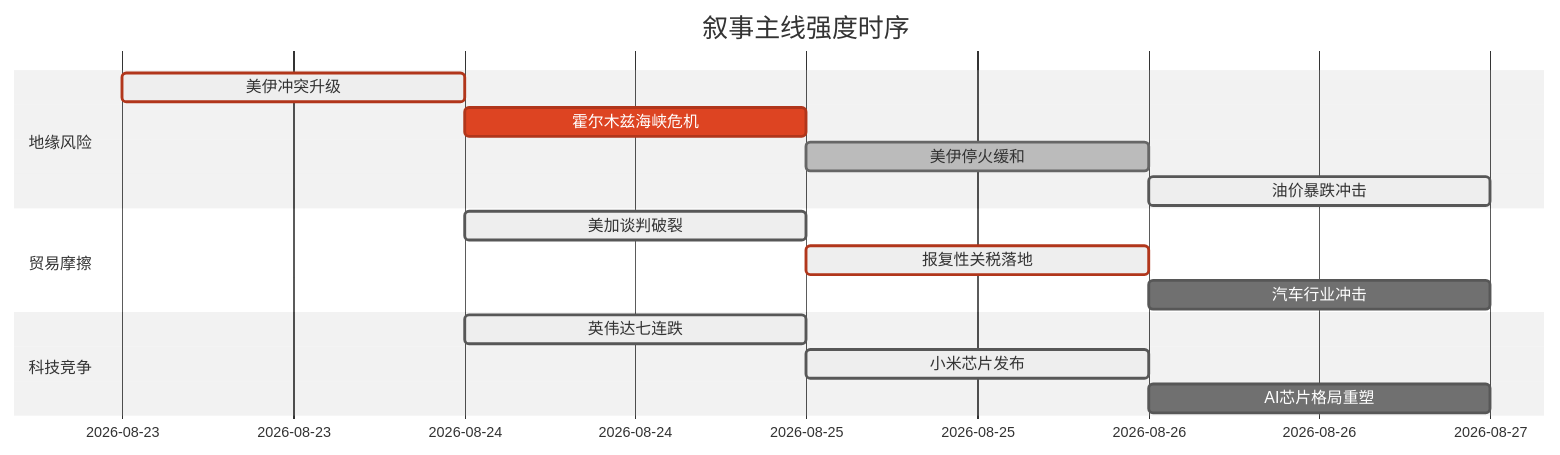
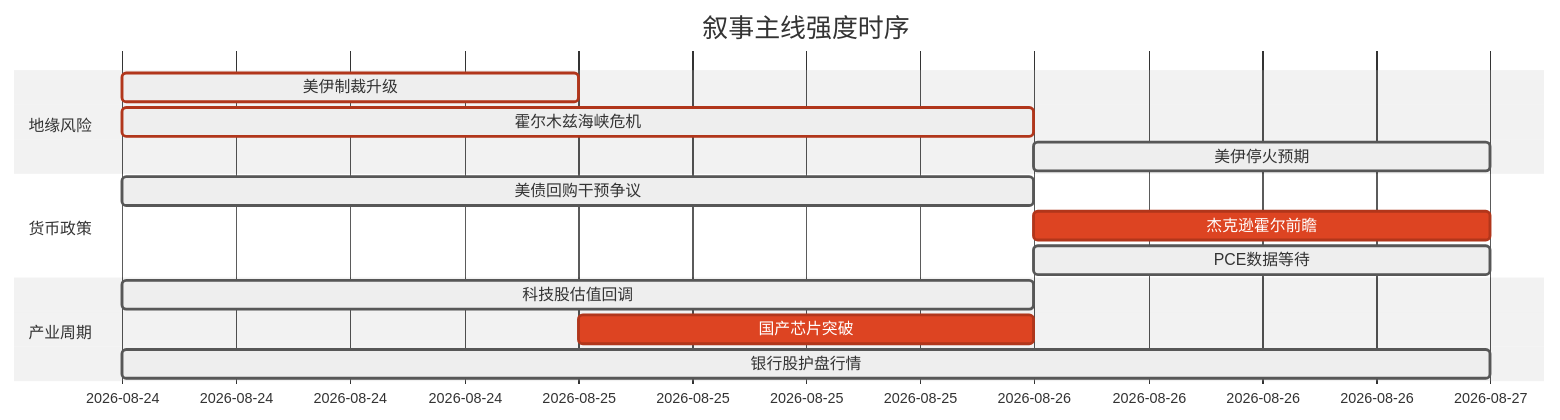
Before and after one commit to uu5zn/uu5zn.github.io: the diagram in 5day_report.md, drawn with Mermaid (neutral theme). The commit also changed other lines of this file and 21 other files, not shown here.

````diff
--- a/5day_report.md
+++ b/5day_report.md
@@ -58,20 +86,19 @@
 ```mermaid
 gantt
     title 叙事主线强度时序
     dateFormat YYYY-MM-DD
     section 地缘风险
-    美伊冲突升级     :crit, active, 2026-08-23, 1d
-    霍尔木兹海峡危机 :crit, 2026-08-24, 1d
-    美伊停火缓和     :done, 2026-08-25, 1d
-    油价暴跌冲击     :active, 2026-08-26, 1d
+    美伊制裁升级       :crit, active, 2026-08-24, 1d
+    霍尔木兹海峡危机   :crit, active, 2026-08-24, 2d
+    美伊停火预期       :active, 2026-08-26, 1d
     
-    section 贸易摩擦
-    美加谈判破裂     :active, 2026-08-24, 1d
-    报复性关税落地   :crit, active, 2026-08-25, 1d
-    汽车行业冲击     :2026-08-26, 1d
+    section 货币政策
+    美债回购干预争议   :active, 2026-08-24, 2d
+    杰克逊霍尔前瞻     :crit, 2026-08-26, 1d
+    PCE数据等待       :active, 2026-08-26, 1d
     
-    section 科技竞争
-    英伟达七连跌     :active, 2026-08-24, 1d
-    小米芯片发布     :active, 2026-08-25, 1d
-    AI芯片格局重塑   :2026-08-26, 1d
+    section 产业周期
+    科技股估值回调     :active, 2026-08-24, 2d
+    国产芯片突破       :crit, 2026-08-25, 1d
+    银行股护盘行情     :active, 2026-08-24, 3d
 ```
````
